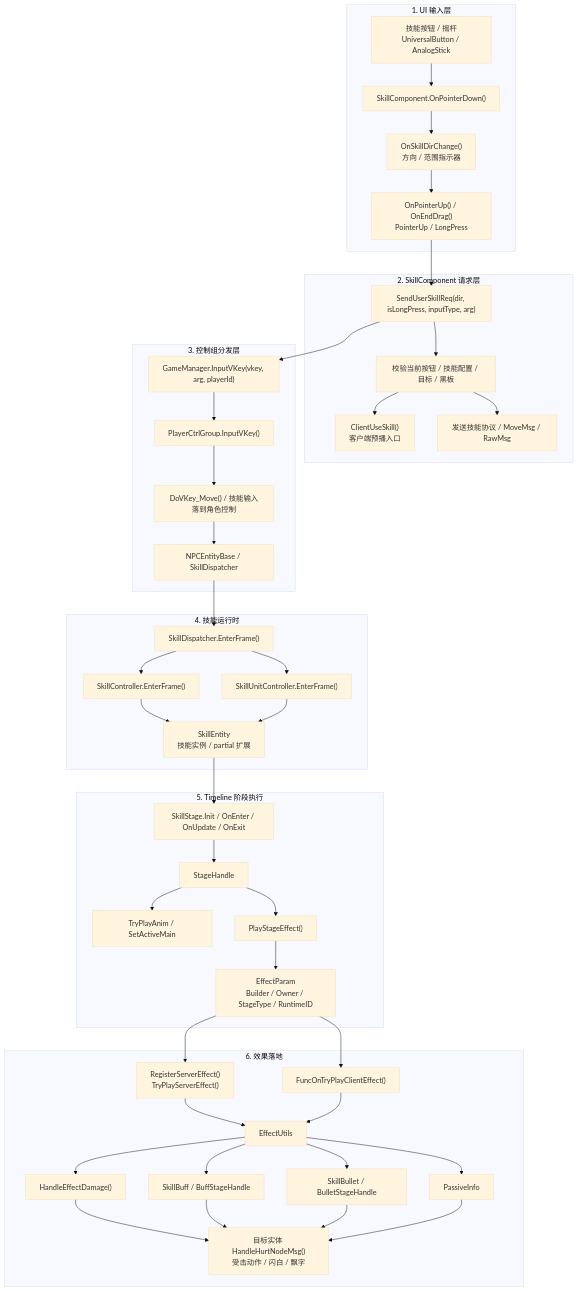
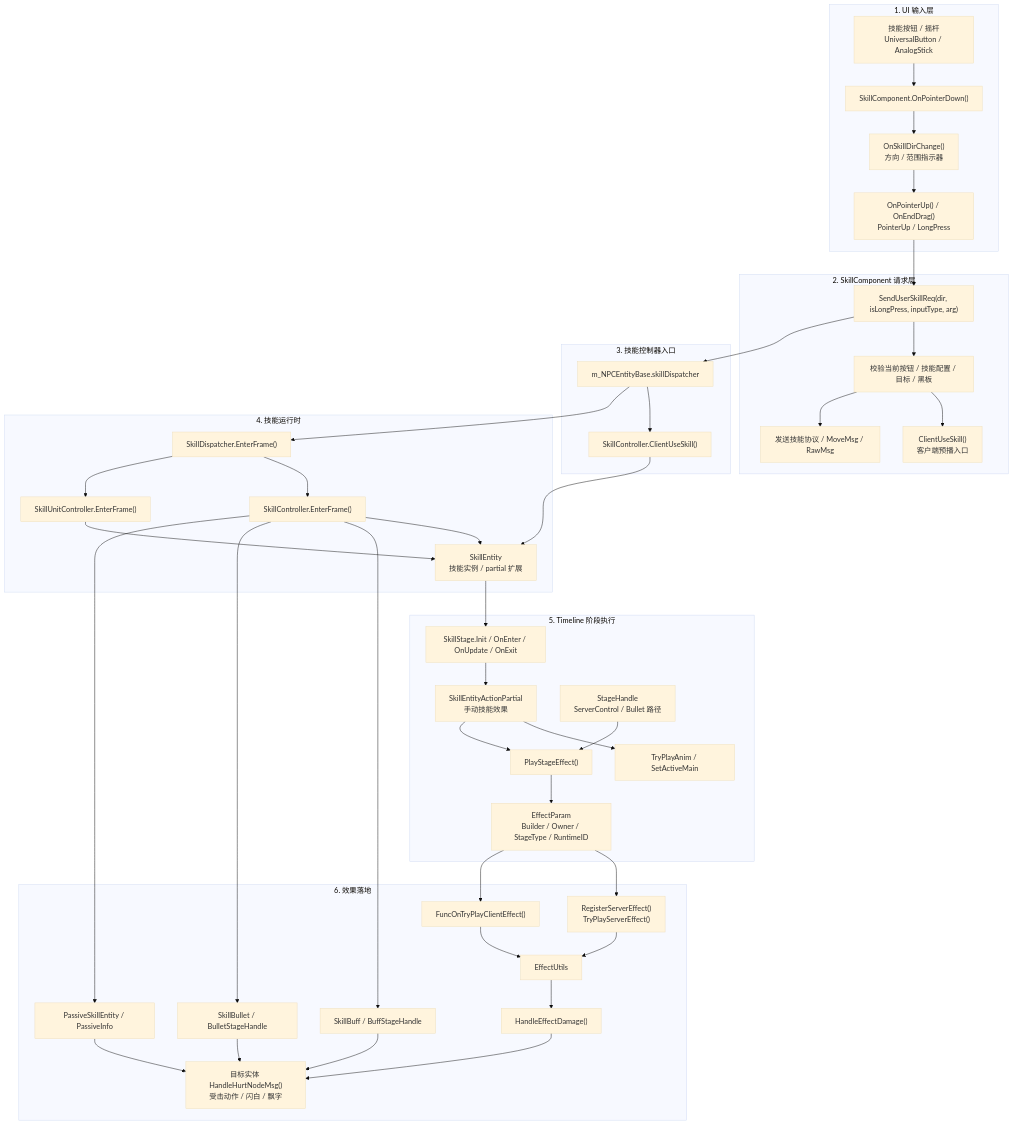
Before and after one commit to BoyLei/Stars: the first of 2 diagrams in diagrams/battle/FLOW_SKILL_CAST_FULL.md, drawn with Mermaid (base theme). The commit also changed other lines of this file and 135 other files, not shown here.

Commit message:
Refactor Stars client module and startup flow

```diff
--- a/diagrams/battle/FLOW_SKILL_CAST_FULL.md
+++ b/diagrams/battle/FLOW_SKILL_CAST_FULL.md
@@ -33,11 +33,9 @@
         NetReq["发送技能协议 / MoveMsg / RawMsg"]
     end
 
-    subgraph Control["3. 控制组分发层"]
-        GM["GameManager.InputVKey(vkey, arg, playerId)"]
-        PCG["PlayerCtrlGroup.InputVKey()"]
-        MoveKey["DoVKey_Move() / 技能输入落到角色控制"]
-        Entity["NPCEntityBase / SkillDispatcher"]
+    subgraph Control["3. 技能控制器入口"]
+        Entity["m_NPCEntityBase.skillDispatcher"]
+        ClientUse["SkillController.ClientUseSkill()"]
     end
 
     subgraph Runtime["4. 技能运行时"]
@@ -49,7 +47,8 @@
 
     subgraph Stage["5. Timeline 阶段执行"]
         SS["SkillStage.Init / OnEnter / OnUpdate / OnExit"]
-        SH["StageHandle"]
+        Act["SkillEntityActionPartial<br/>手动技能效果"]
+        SH["StageHandle<br/>ServerControl / Bullet 路径"]
         Anim["TryPlayAnim / SetActiveMain"]
         Fx["PlayStageEffect()"]
         EffectParam["EffectParam<br/>Builder / Owner / StageType / RuntimeID"]
@@ -61,7 +60,7 @@
         EU["EffectUtils"]
         Buff["SkillBuff / BuffStageHandle"]
         Bullet["SkillBullet / BulletStageHandle"]
-        Passive["PassiveInfo"]
+        Passive["PassiveSkillEntity / PassiveInfo"]
         Damage["HandleEffectDamage()"]
         Target["目标实体 HandleHurtNodeMsg()<br/>受击动作 / 闪白 / 飘字"]
     end
@@ -73,27 +72,27 @@
     Req --> Check
     Check --> ClientPre
     Check --> NetReq
-    Req --> GM
-    GM --> PCG
-    PCG --> MoveKey
-    MoveKey --> Entity
+    Req --> Entity
+    Entity --> ClientUse
+    ClientUse --> SkillEntity
     Entity --> SD
     SD --> SC
     SD --> SUC
     SC --> SkillEntity
     SUC --> SkillEntity
     SkillEntity --> SS
-    SS --> SH
-    SH --> Anim
+    SS --> Act
+    Act --> Anim
+    Act --> Fx
     SH --> Fx
     Fx --> EffectParam
     EffectParam --> ServerEffect
     EffectParam --> ClientEffect
     ServerEffect --> EU
     ClientEffect --> EU
-    EU --> Buff
-    EU --> Bullet
-    EU --> Passive
+    SC --> Buff
+    SC --> Bullet
+    SC --> Passive
     EU --> Damage
     Damage --> Target
     Buff --> Target
```
